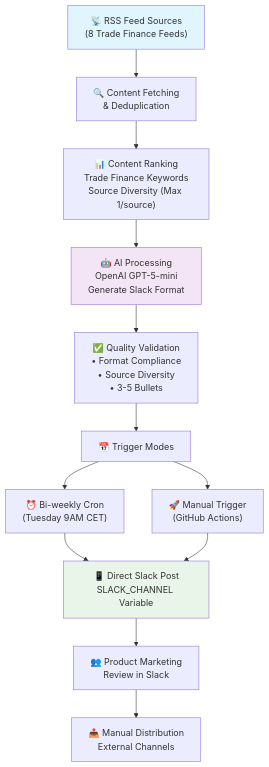
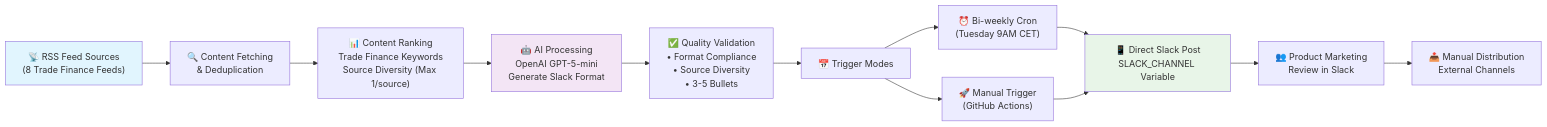
Before and after one commit to tamrakaranish/miti-marketing-newsletter: the diagram in README.md, drawn with Mermaid.

````diff
--- a/README.md
+++ b/README.md
@@ -15,26 +15,26 @@
 ```mermaid
-flowchart TD
+flowchart LR
     A["📡 RSS Feed Sources<br/>(8 Trade Finance Feeds)"] --> B["🔍 Content Fetching<br/>& Deduplication"]
     
     B --> C["📊 Content Ranking<br/>Trade Finance Keywords<br/>Source Diversity (Max 1/source)"]
     
     C --> D["🤖 AI Processing<br/>OpenAI GPT-5-mini<br/>Generate Slack Format"]
     
     D --> E["✅ Quality Validation<br/>• Format Compliance<br/>• Source Diversity<br/>• 3-5 Bullets"]
     
     E --> F["📅 Trigger Modes"]
     
     F --> G["⏰ Bi-weekly Cron<br/>(Tuesday 9AM CET)"]
     F --> H["🚀 Manual Trigger<br/>(GitHub Actions)"]
     
     G --> I["📱 Direct Slack Post<br/>SLACK_CHANNEL Variable"]
     H --> I
     
     I --> J["👥 Product Marketing<br/>Review in Slack"]
     
     J --> K["📤 Manual Distribution<br/>External Channels"]
     
     style A fill:#e1f5fe
     style D fill:#f3e5f5
     style I fill:#e8f5e8
 ```
````
